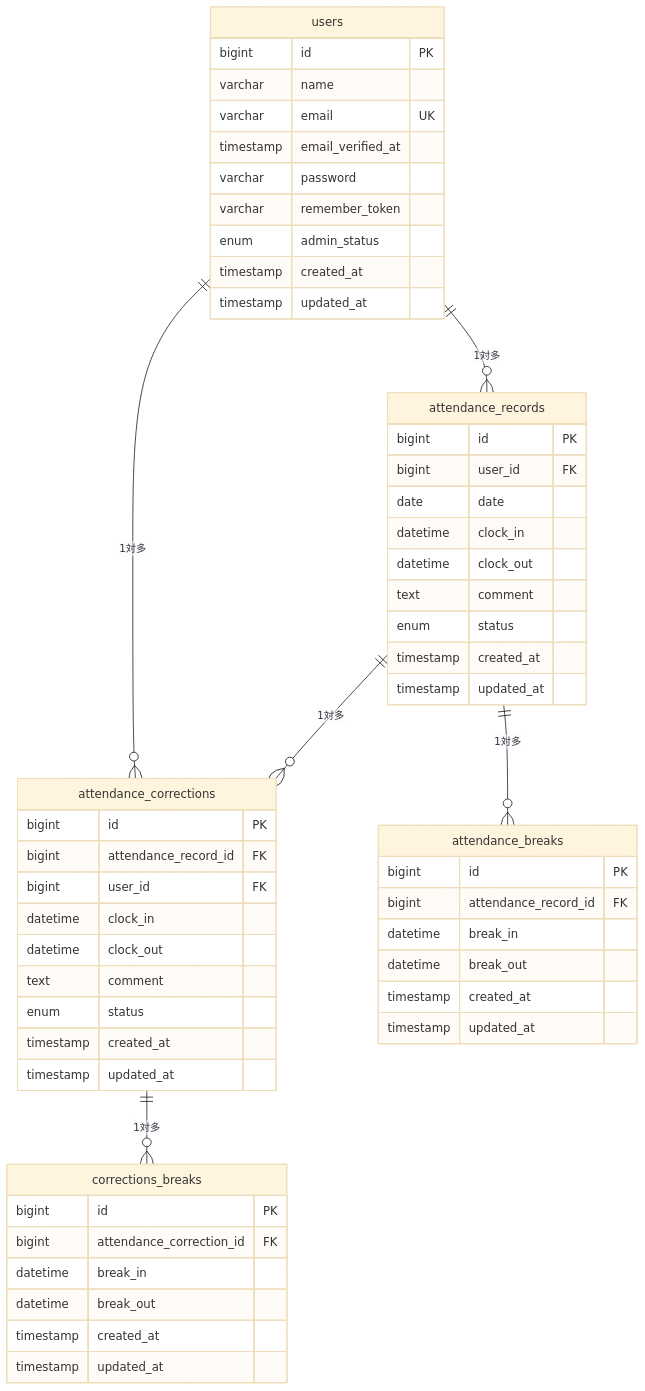
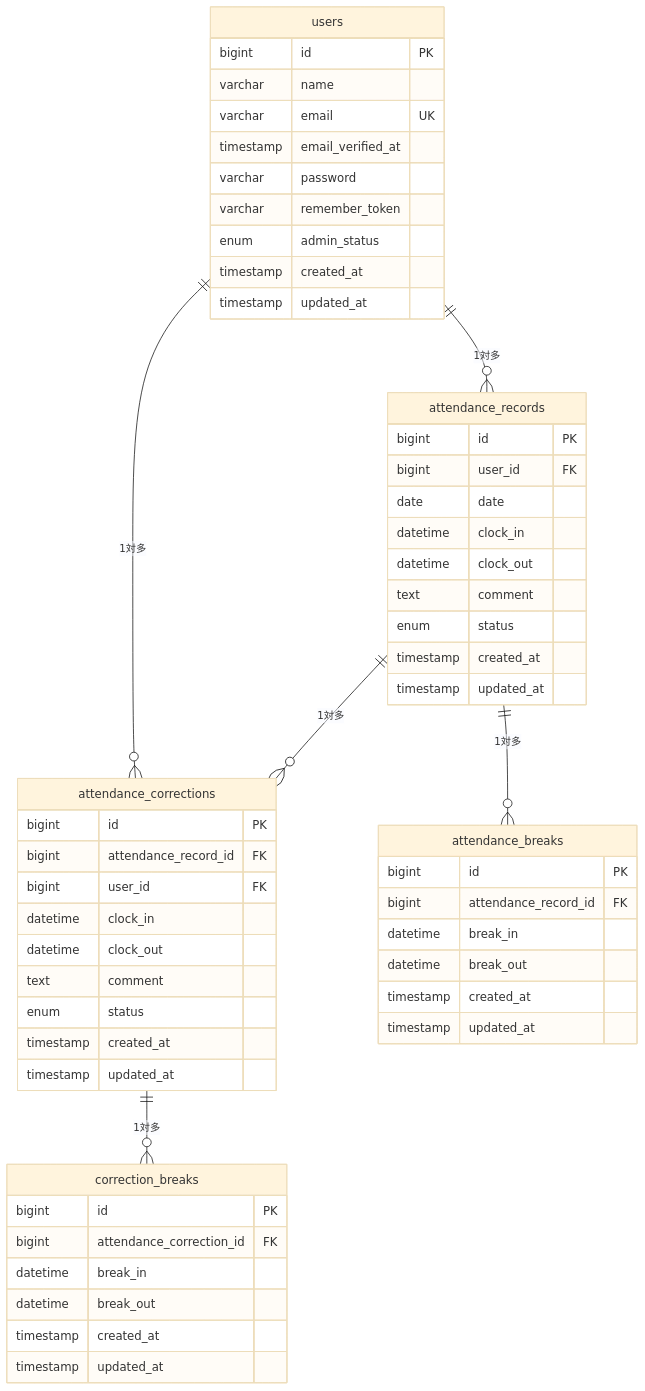
The diagram in README.md (hayashi-hiroyuki40/attendance-app), drawn with Mermaid (base theme) before and after one commit. The commit also changed 37 other files, not shown here.

````diff
--- a/README.md
+++ b/README.md
@@ -107,62 +107,62 @@
 ```mermaid
 erDiagram
     users ||--o{ attendance_records : "1対多"
     users ||--o{ attendance_corrections : "1対多"
     attendance_records ||--o{ attendance_corrections : "1対多"
     attendance_records ||--o{ attendance_breaks : "1対多"
-    attendance_corrections ||--o{ corrections_breaks : "1対多"
+    attendance_corrections ||--o{ correction_breaks : "1対多"
 
     users {
         bigint id PK
         varchar name
         varchar email UK
         timestamp email_verified_at
         varchar password
         varchar remember_token
         enum admin_status
         timestamp created_at
         timestamp updated_at
     }
 
     attendance_records {
         bigint id PK
         bigint user_id FK
         date date
         datetime clock_in
         datetime clock_out
         text comment
         enum status
         timestamp created_at
         timestamp updated_at
     }
 
     attendance_corrections {
         bigint id PK
         bigint attendance_record_id FK
         bigint user_id FK
         datetime clock_in
         datetime clock_out
         text comment
         enum status
         timestamp created_at
         timestamp updated_at
     }
 
     attendance_breaks {
         bigint id PK
         bigint attendance_record_id FK
         datetime break_in
         datetime break_out
         timestamp created_at
         timestamp updated_at
     }
 
-    corrections_breaks {
+    correction_breaks {
         bigint id PK
         bigint attendance_correction_id FK
         datetime break_in
         datetime break_out
         timestamp created_at
         timestamp updated_at
     }
 ```
````
